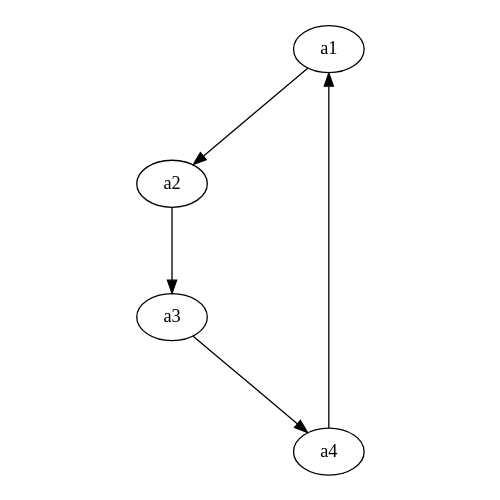
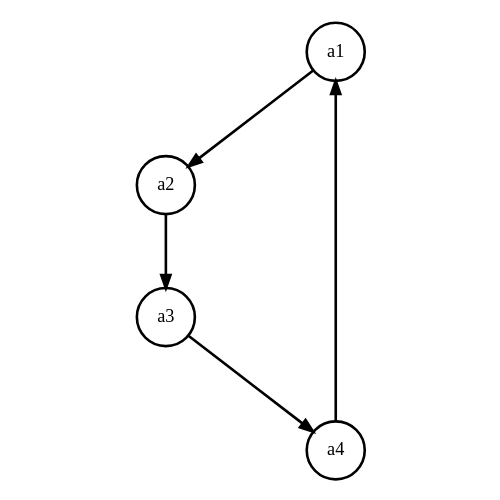
One commit to jonhoo/simio changed the diagram in examples/graphs/ring.gv. Above: the diagram before and after it, drawn with Graphviz. The commit also changed 3 other files, not shown here.

Commit message:
Make graphs prettier

```diff
--- a/examples/graphs/ring.gv
+++ b/examples/graphs/ring.gv
@@ -1,13 +1,16 @@
 digraph {
   size="5,5!";
   ratio="fill";
+  node [shape=circle penwidth=2];
+  edge [fontsize=12 penwidth=2];
+  start="100";
   a1;
   a2;
   a3;
   a4;
 
   a1 -> a2;
   a2 -> a3;
   a3 -> a4;
   a4 -> a1;
 }
```
